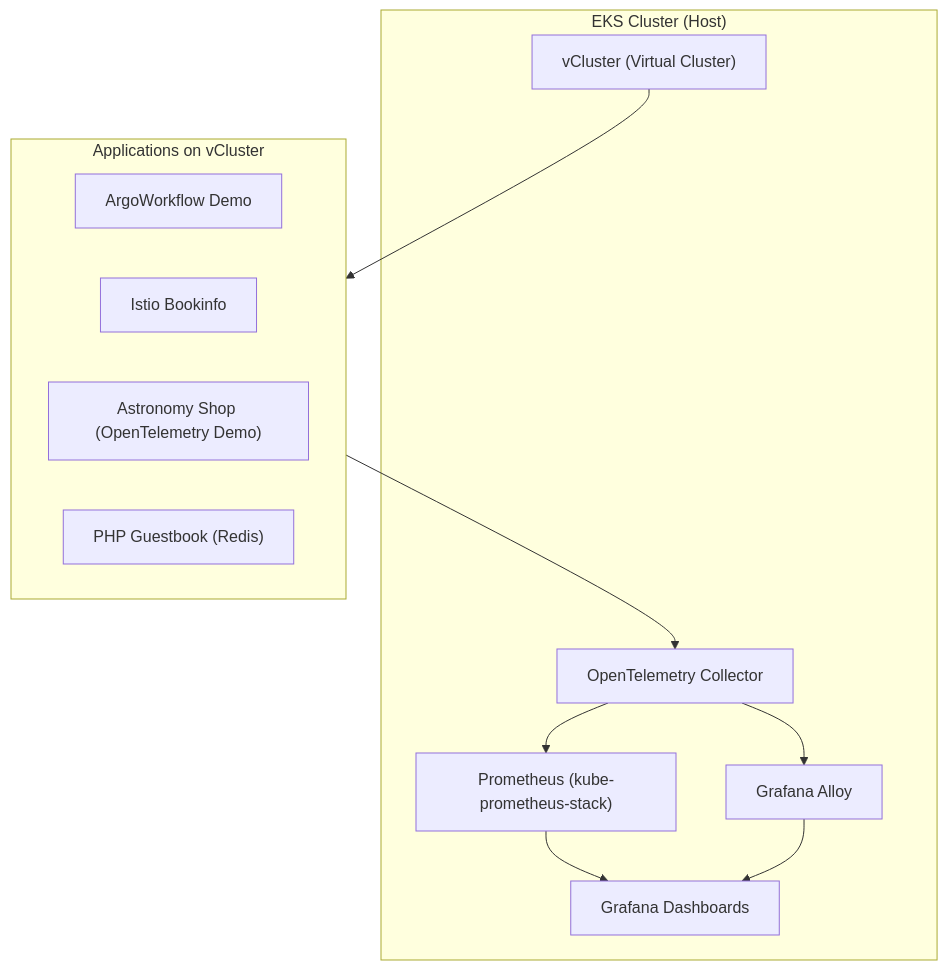
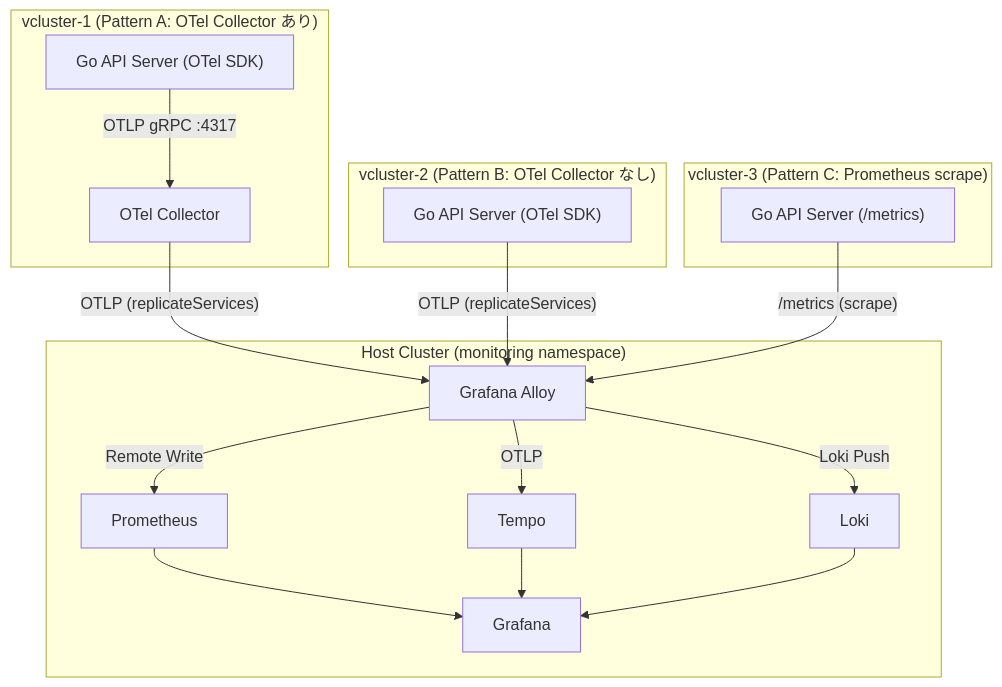
Before and after one commit to cyokozai/vcluster-o11y: the diagram in README.md, drawn with Mermaid. The commit also changed other lines of this file, not shown here.

````diff
--- a/README.md
+++ b/README.md
@@ -3,24 +7,33 @@
 ```mermaid
-flowchart TD
-    subgraph AWS["EKS Cluster (Host)"]
-        VC["vCluster (Virtual Cluster)"]
-        OTEL["OpenTelemetry Collector"]
-        PROM["Prometheus (kube-prometheus-stack)"]
-        ALLOY["Grafana Alloy"]
-        GRAF["Grafana Dashboards"]
-    end
+flowchart TB
+  subgraph vc1["vcluster-1 (Pattern A: OTel Collector あり)"]
+    app1["Go API Server (OTel SDK)"]
+    col1["OTel Collector"]
+    app1 -->|"OTLP gRPC :4317"| col1
+  end
 
-    subgraph VC_APP["Applications on vCluster"]
-        ARGO["ArgoWorkflow Demo"]
-        ISTIO["Istio Bookinfo"]
-        OTL["Astronomy Shop (OpenTelemetry Demo)"]
-        PHPGB["PHP Guestbook (Redis)"]
-    end
+  subgraph vc2["vcluster-2 (Pattern B: OTel Collector なし)"]
+    app2["Go API Server (OTel SDK)"]
+  end
 
-    VC --> VC_APP
-    VC_APP --> OTEL
-    OTEL --> PROM
-    OTEL --> ALLOY
-    PROM --> GRAF
-    ALLOY --> GRAF
+  subgraph vc3["vcluster-3 (Pattern C: Prometheus scrape)"]
+    app3["Go API Server (/metrics)"]
+  end
+
+  subgraph host["Host Cluster (monitoring namespace)"]
+    alloy["Grafana Alloy"]
+    prometheus["Prometheus"]
+    tempo["Tempo"]
+    loki["Loki"]
+    grafana["Grafana"]
+
+    alloy -->|"Remote Write"| prometheus
+    alloy -->|"OTLP"| tempo
+    alloy -->|"Loki Push"| loki
+    prometheus & tempo & loki --> grafana
+  end
+
+  col1 -->|"OTLP (replicateServices)"| alloy
+  app2 -->|"OTLP (replicateServices)"| alloy
+  app3 -->|"/metrics (scrape)"| alloy
 ```
````
